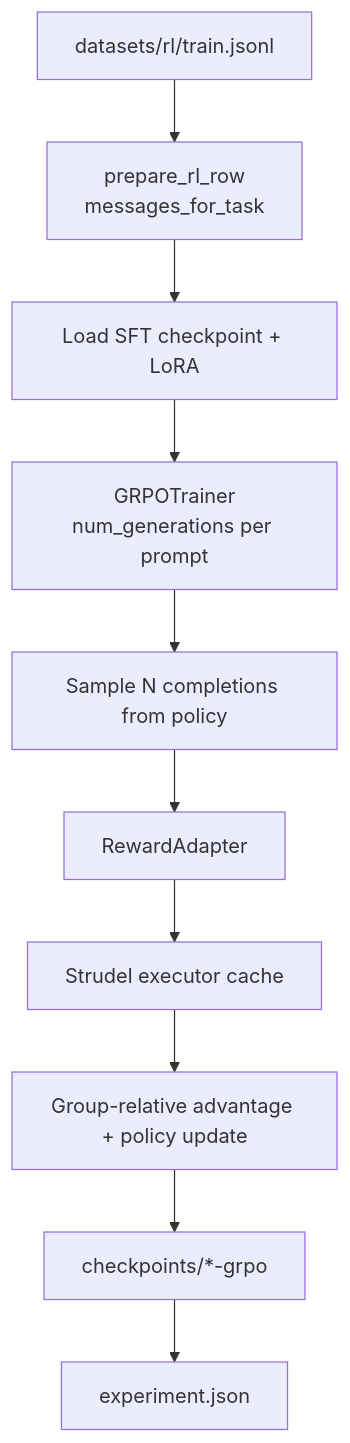
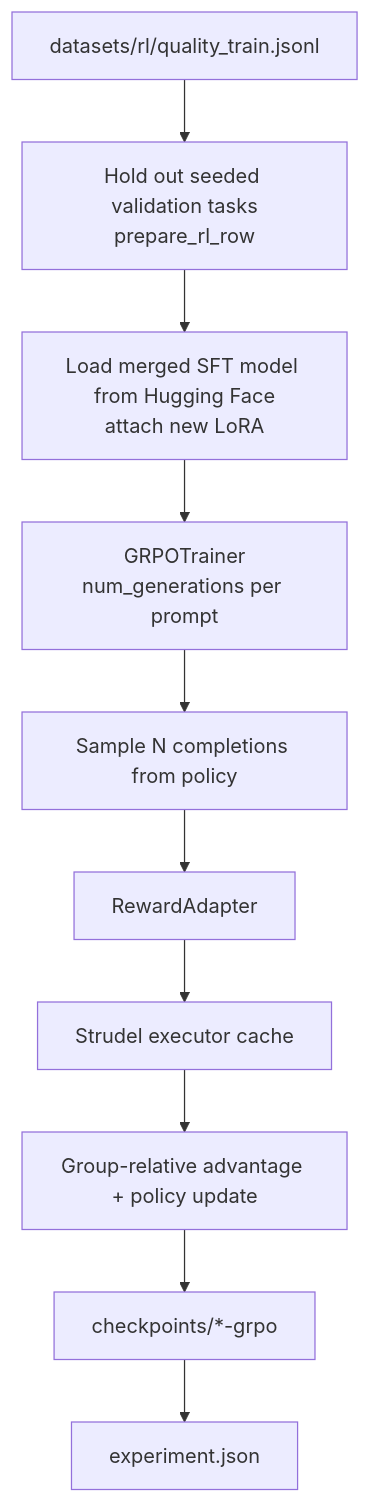
The tenth of 12 diagrams in docs/implementation.md (shanmukh05/TuneLM), drawn with Mermaid before and after one commit. The commit also changed other lines of this file and 45 other files, not shown here.

````diff
--- a/docs/implementation.md
+++ b/docs/implementation.md
@@ -433,12 +442,12 @@
 ```mermaid
 flowchart TD
-  A[datasets/rl/train.jsonl] --> B[prepare_rl_row<br/>messages_for_task]
-  B --> C[Load SFT checkpoint + LoRA]
+  A[datasets/rl/quality_train.jsonl] --> B[Hold out seeded validation tasks<br/>prepare_rl_row]
+  B --> C[Load merged SFT model from Hugging Face<br/>attach new LoRA]
   C --> D[GRPOTrainer<br/>num_generations per prompt]
   D --> E[Sample N completions from policy]
   E --> F[RewardAdapter]
   F --> G[Strudel executor cache]
   G --> H[Group-relative advantage + policy update]
   H --> I[checkpoints/*-grpo]
   I --> J[experiment.json]
 ```
````
